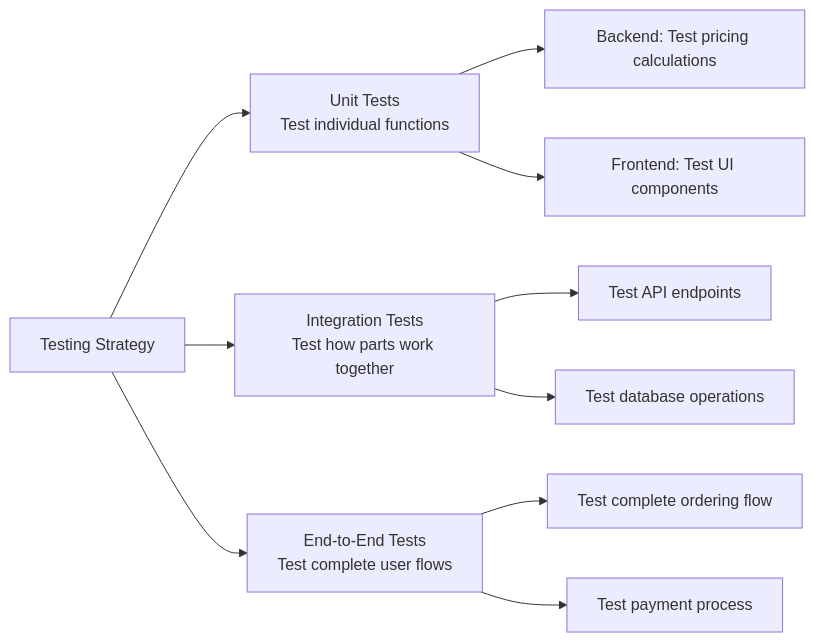
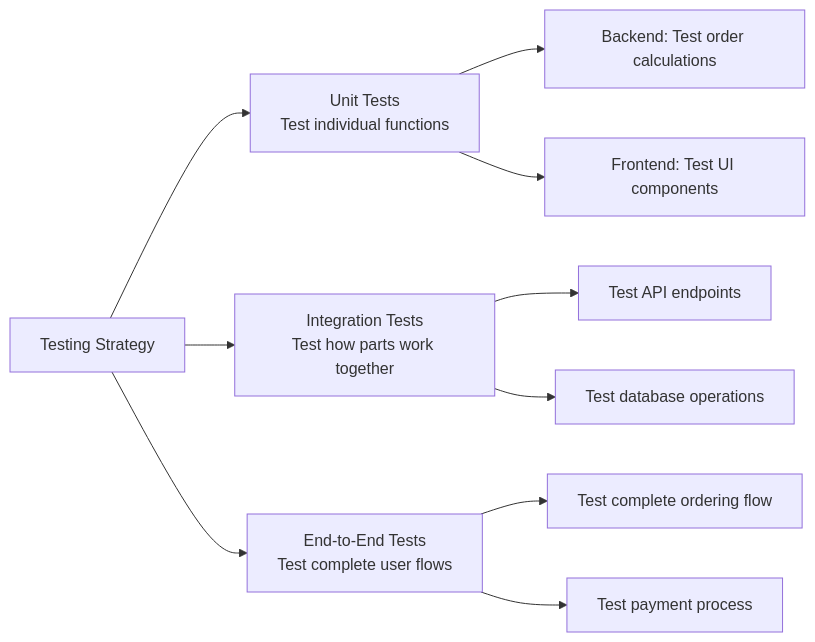
One commit to Sporidis/frituur-ordering-system changed diagram 11 of 12 in docs/TECHNICAL_DESIGN.md. Above: the diagram before and after it, drawn with Mermaid. The commit also changed other lines of this file and 248 other files, not shown here.

Commit message:
refactor: implement OutputPort pattern and improve backend architecture

````diff
--- a/docs/TECHNICAL_DESIGN.md
+++ b/docs/TECHNICAL_DESIGN.md
@@ -479,15 +468,15 @@
 ```mermaid
 graph LR
     A[Testing Strategy] --> B[Unit Tests<br/>Test individual functions]
     A --> C[Integration Tests<br/>Test how parts work together]
     A --> D[End-to-End Tests<br/>Test complete user flows]
     
-    B --> B1[Backend: Test pricing calculations]
+    B --> B1[Backend: Test order calculations]
     B --> B2[Frontend: Test UI components]
     
     C --> C1[Test API endpoints]
     C --> C2[Test database operations]
     
     D --> D1[Test complete ordering flow]
     D --> D2[Test payment process]
 ```
````
